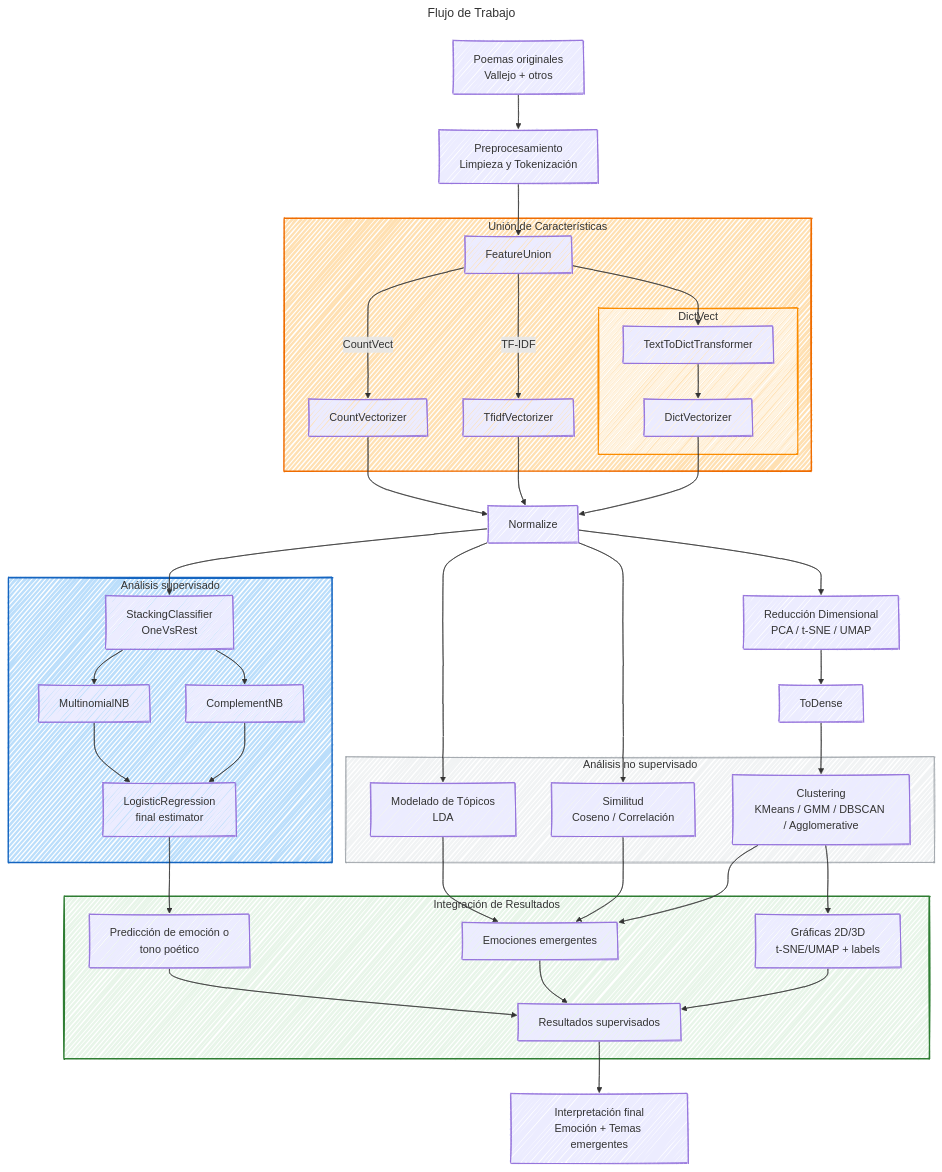
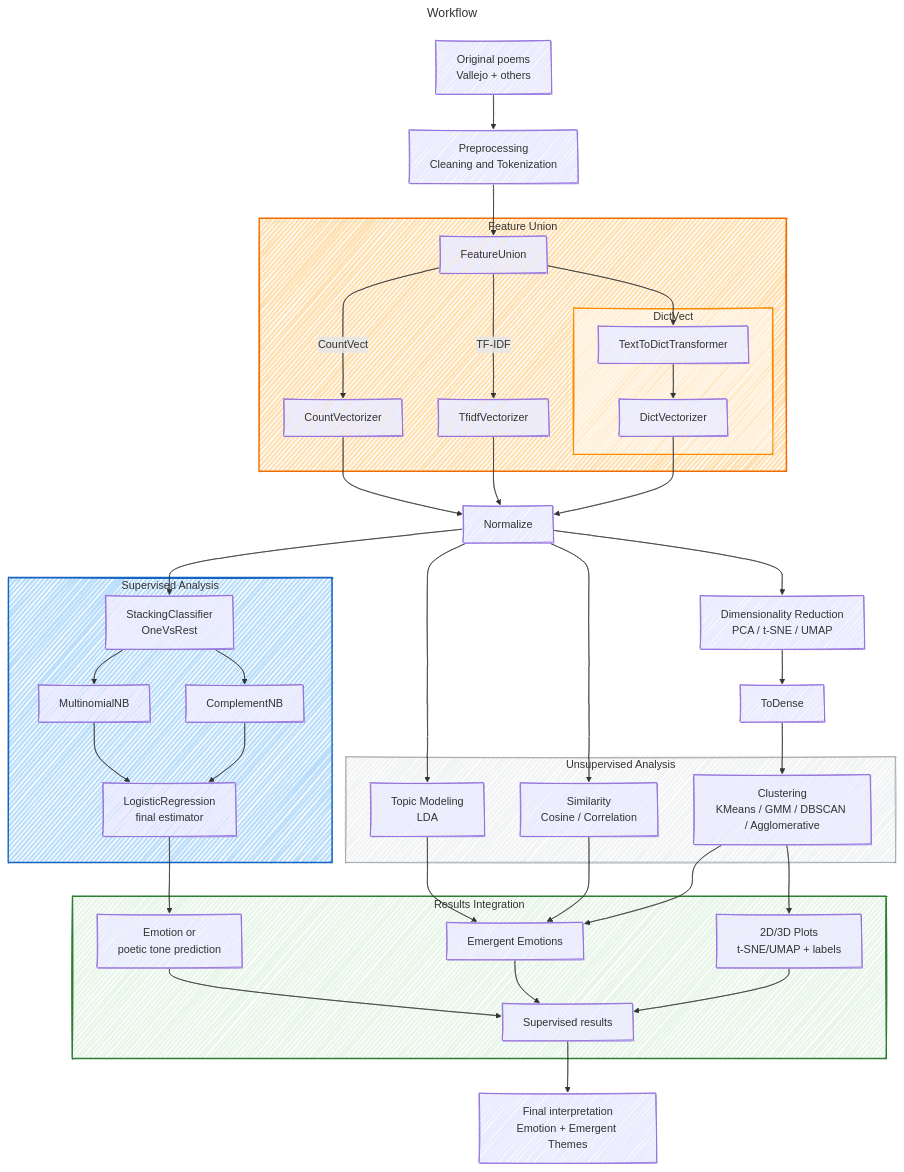
The diagram in docs/model_topology.md (HubertRonald/VersoVector), drawn with Mermaid before and after one commit. The commit also changed other lines of this file and 1 other file, not shown here.

````diff
--- a/docs/model_topology.md
+++ b/docs/model_topology.md
@@ -61,6 +62,6 @@
 ```mermaid
 ---
-title: Flujo de Trabajo
+title: Workflow
 ---
 %%{init: {
     'look':'handDrawn',
@@ -71,16 +72,16 @@
   }
 }%%
 flowchart
-    A[Poemas originales<br>Vallejo + otros] --> B[Preprocesamiento<br>Limpieza y Tokenización]
+    A[Original poems<br>Vallejo + others] --> B[Preprocessing<br>Cleaning and Tokenization]
 
-    %% Representación expandida
+    %% Expanded representation
     B --> S2[FeatureUnion]
 
-    subgraph FeatureUnion["Unión de Características"]
+    subgraph FeatureUnion["Feature Union"]
         S2 -->|CountVect| S21[CountVectorizer]
         S2 -->|TF-IDF| S22[TfidfVectorizer]
 
-        %% Sub-pipeline DictVect
+        %% DictVect sub-pipeline
         S2 --> DV1[TextToDictTransformer]
 
         subgraph DictVect["DictVect"]
@@ -88,59 +89,56 @@
         end
     end
 
-    %% unión de features
+    %% Feature merging
     S21 --> S4[Normalize]
     S22 --> S4[Normalize]
     DV2 --> S4[Normalize]
 
-    
-
-    %% Paso opcional de reducción dimensional
-    S4 --> D[Reducción Dimensional<br>PCA / t-SNE / UMAP]
+    %% Optional dimensionality reduction step
+    S4 --> D[Dimensionality Reduction<br>PCA / t-SNE / UMAP]
     D --> S3[ToDense]
     S3 --> E[Clustering<br>KMeans / GMM / DBSCAN / Agglomerative]
 
-    %% Ramas no supervisadas
-    subgraph Clustering["Análisis no supervisado"]
+    %% Unsupervised branches
+    subgraph Clustering["Unsupervised Analysis"]
         E[Clustering<br>KMeans / GMM / DBSCAN / Agglomerative]
-        F[Modelado de Tópicos<br>LDA]
-        G[Similitud<br>Coseno / Correlación]
+        F[Topic Modeling<br>LDA]
+        G[Similarity<br>Cosine / Correlation]
     end
 
     S4 --> F
     S4 --> G
 
-    E --> H1[Gráficas 2D/3D<br>t-SNE/UMAP + labels]
-    F --> H2[Análisis de temas]
+    E --> H1[2D/3D Plots<br>t-SNE/UMAP + labels]
+    F --> H2[Topic Analysis]
     G --> H2
-    E --> H2[Emociones emergentes]
+    E --> H2[Emergent Emotions]
 
-    %% Rama supervisada
+    %% Supervised branch
     S4 --> S5[StackingClassifier<br>OneVsRest]
 
-    subgraph Stacking["Análisis supervisado"]
+    subgraph Stacking["Supervised Analysis"]
         S5 --> S51[MultinomialNB]
         S5 --> S52[ComplementNB]
         S51 --> S6[LogisticRegression<br>final estimator]
         S52 --> S6[LogisticRegression<br>final estimator]
     end
 
-    S6 --> E2[Predicción de emoción o<br>tono poético]
+    S6 --> E2[Emotion or<br>poetic tone prediction]
 
-    %% Integración final
-    subgraph Integracion["Integración de Resultados"]
-        E2 --> J[Resultados supervisados]
+    %% Final integration
+    subgraph Integracion["Results Integration"]
+        E2 --> J[Supervised results]
         H2 --> J
         H1 --> J
     end
 
-    J --> K[Interpretación final<br>Emoción + Temas emergentes]
+    J --> K[Final interpretation<br>Emotion + Emergent Themes]
 
-    %% === Estilos ===
+    %% === Styles ===
     style FeatureUnion fill:#FFE0B2,stroke:#EF6C00,stroke-width:2px
     style DictVect fill:#FFF3E0,stroke:#FB8C00,stroke-width:1.5px
     style Stacking fill:#BBDEFB,stroke:#1565C0,stroke-width:2px
     style Clustering fill:#F1F3F4,stroke:#9AA0A6,stroke-width:1px
     style Integracion fill:#E8F5E9,stroke:#2E7D32,stroke-width:2px
-
 ```
````
